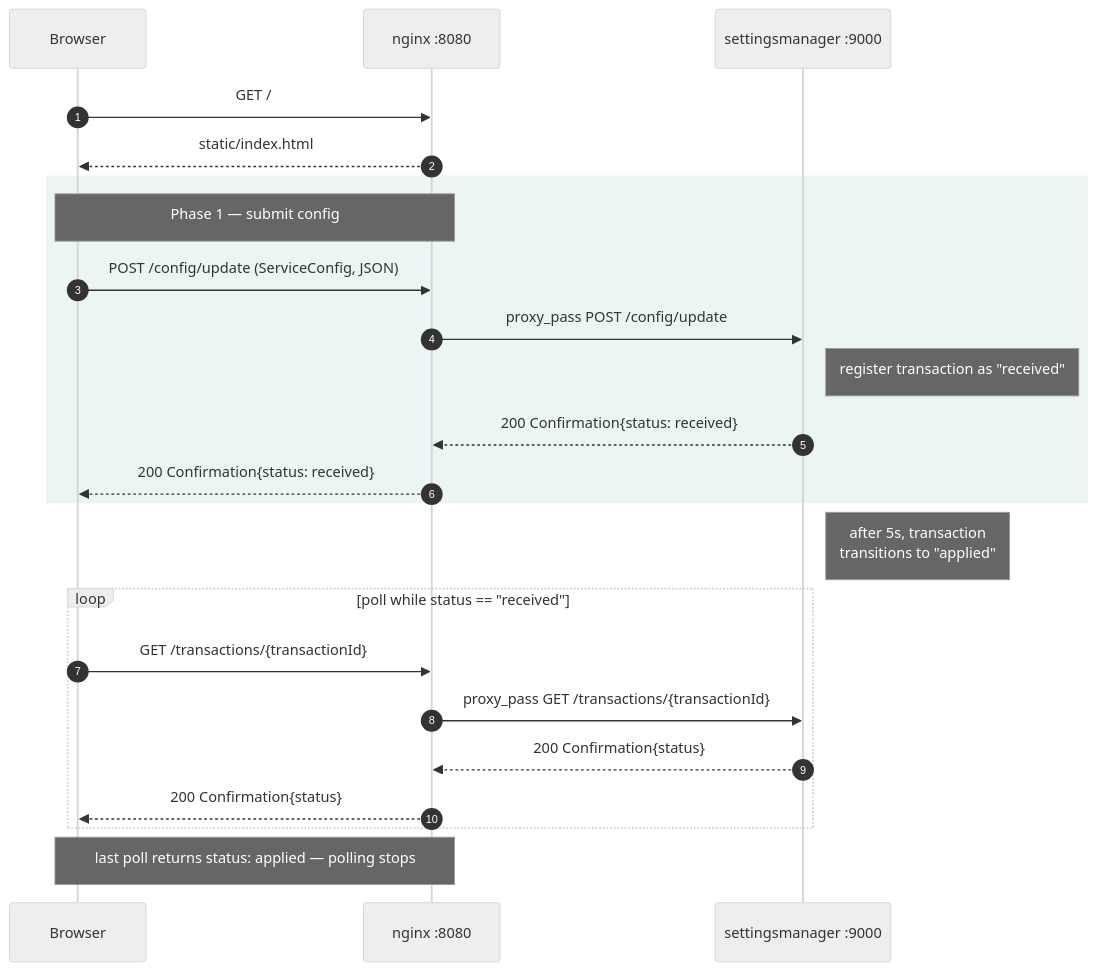
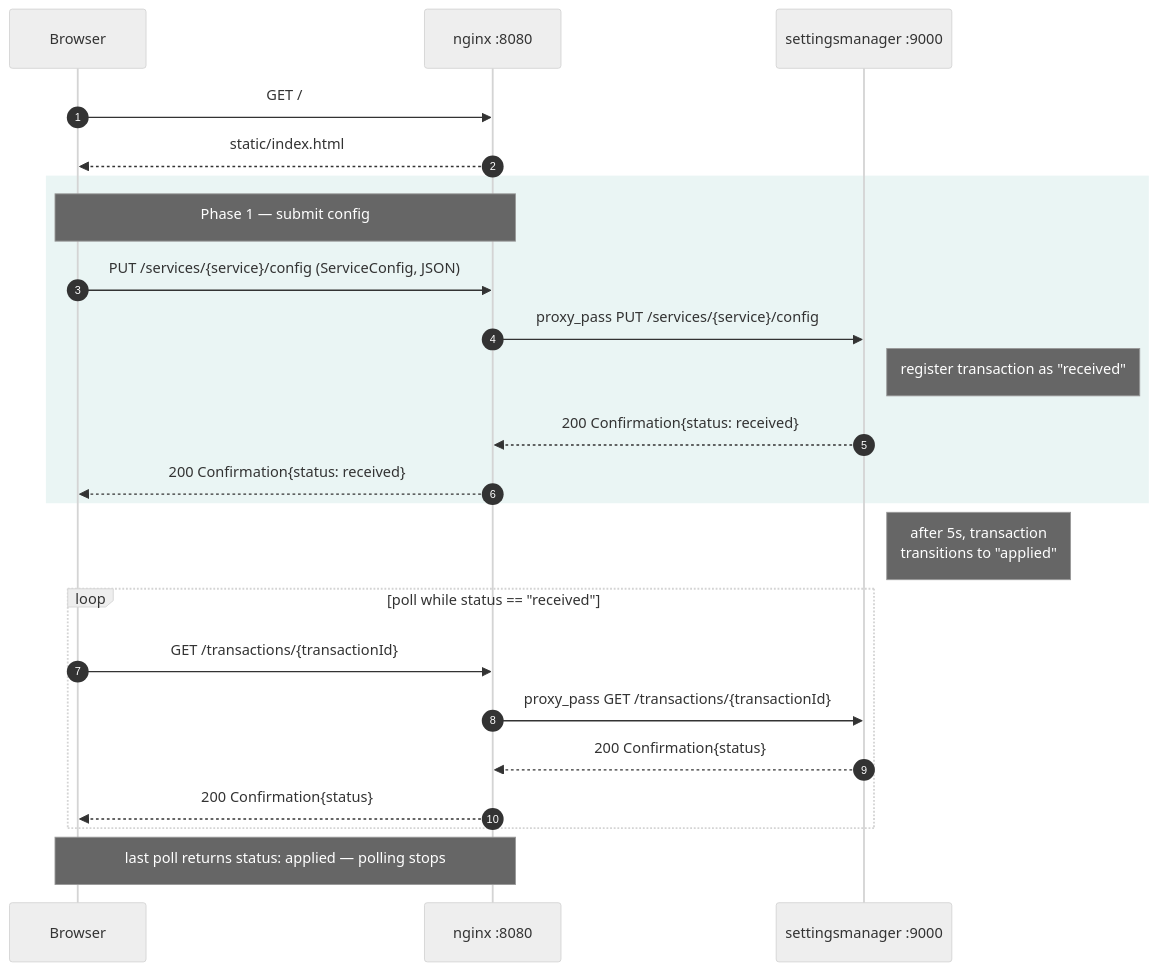
One commit to rwirdemann/settingsmanager-ngnix changed the diagram in docs/sequence-diagram.mmd. Above: the diagram before and after it, drawn with Mermaid. The commit also changed 6 other files, not shown here.

First line of the commit message:
feat: move the frontend to /services/{service}/config

```diff
--- a/docs/sequence-diagram.mmd
+++ b/docs/sequence-diagram.mmd
@@ -1,29 +1,29 @@
 %%{init: {'theme': 'neutral', 'sequence': {'boxMargin': 10, 'messageMargin': 40, 'noteMargin': 15, 'bottomMarginAdj': 15}} }%%
 sequenceDiagram
     autonumber
     participant B as Browser
     participant N as nginx :8080
     participant S as settingsmanager :9000
 
     B->>N: GET /
     N-->>B: static/index.html
 
     rect rgb(234, 245, 244)
     Note over B,N: Phase 1 — submit config
-    B->>N: POST /config/update  (ServiceConfig, JSON)
-    N->>S: proxy_pass POST /config/update
+    B->>N: PUT /services/{service}/config  (ServiceConfig, JSON)
+    N->>S: proxy_pass PUT /services/{service}/config
     Note right of S: register transaction as "received"
     S-->>N: 200 Confirmation{status: received}
     N-->>B: 200 Confirmation{status: received}
     end
 
     Note right of S: after 5s, transaction<br/>transitions to "applied"
 
     loop poll while status == "received"
         B->>N: GET /transactions/{transactionId}
         N->>S: proxy_pass GET /transactions/{transactionId}
         S-->>N: 200 Confirmation{status}
         N-->>B: 200 Confirmation{status}
     end
 
     Note over B,N: last poll returns status: applied — polling stops
```
